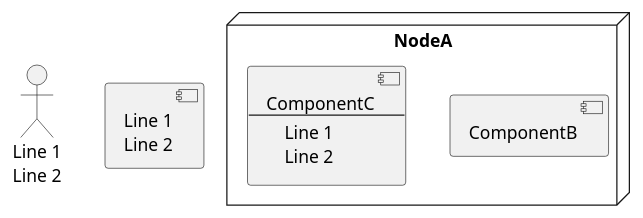
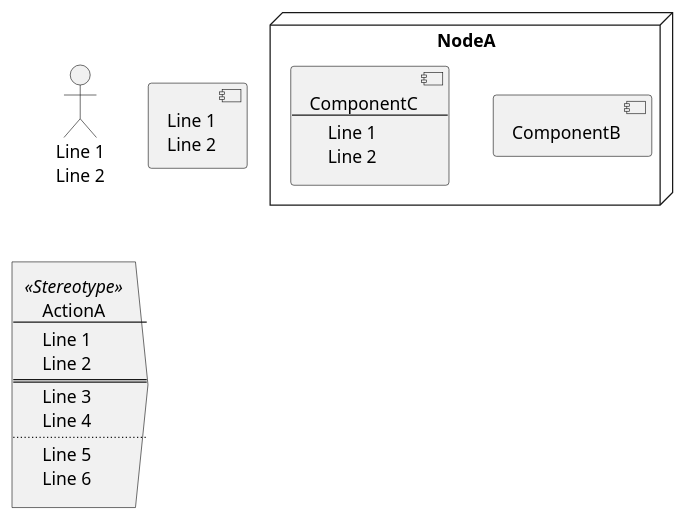
One commit to Aleks-Ya/yaal_examples changed the diagram in Documentation+/PlantUml/deployment/multiline_component_in_node.puml. Above: the diagram before and after it, drawn with PlantUML. The commit also changed 18 other files, not shown here.

```diff
--- a/Documentation+/PlantUml/deployment/multiline_component_in_node.puml
+++ b/Documentation+/PlantUml/deployment/multiline_component_in_node.puml
@@ -1,20 +1,33 @@
 @startuml
 
 actor ActorA [
     Line 1
     Line 2
 ]
 component ComponentA [
     Line 1
     Line 2
 ]
 node NodeA {
     component ComponentB
     component ComponentC [
     ComponentC
     ----
         Line 1
         Line 2
     ]
 }
+
+action ActionA <<Stereotype>> [
+    ActionA
+    ----
+    Line 1
+    Line 2
+    ====
+    Line 3
+    Line 4
+    ....
+    Line 5
+    Line 6
+]
 @enduml
```
